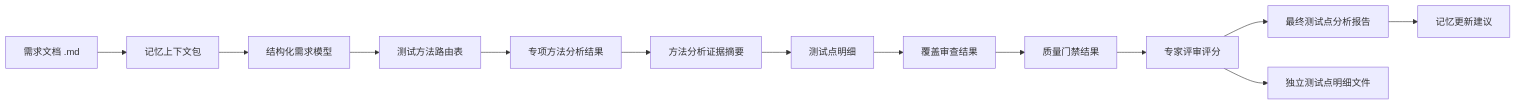
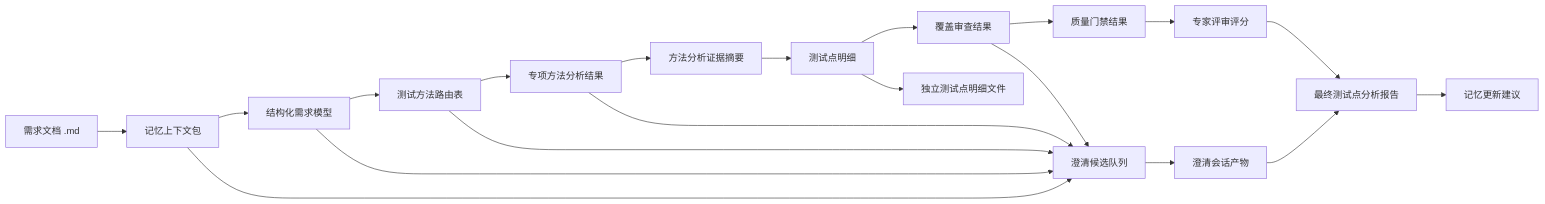
One commit to szluoqy-byte/Test-Analysis-Agent changed the seventh of 8 diagrams in docs/test-analysis-agent-design.md. Above: the diagram before and after it, drawn with Mermaid. The commit also changed other lines of this file and 37 other files, not shown here.

````diff
--- a/docs/test-analysis-agent-design.md
+++ b/docs/test-analysis-agent-design.md
@@ -371,15 +389,22 @@
 ```mermaid
 flowchart LR
   A["需求文档 .md"] --> B["记忆上下文包"]
   B --> C["结构化需求模型"]
   C --> D["测试方法路由表"]
   D --> E["专项方法分析结果"]
   E --> EV["方法分析证据摘要"]
   EV --> F["测试点明细"]
   F --> G["覆盖审查结果"]
   G --> H["质量门禁结果"]
   H --> I["专家评审评分"]
   I --> J["最终测试点分析报告"]
-  I --> DTL["独立测试点明细文件"]
+  F --> DTL["独立测试点明细文件"]
+  B --> CQ["澄清候选队列"]
+  C --> CQ
+  D --> CQ
+  E --> CQ
+  G --> CQ
+  CQ --> CS["澄清会话产物"]
+  CS --> J
   J --> K["记忆更新建议"]
 ```
````
